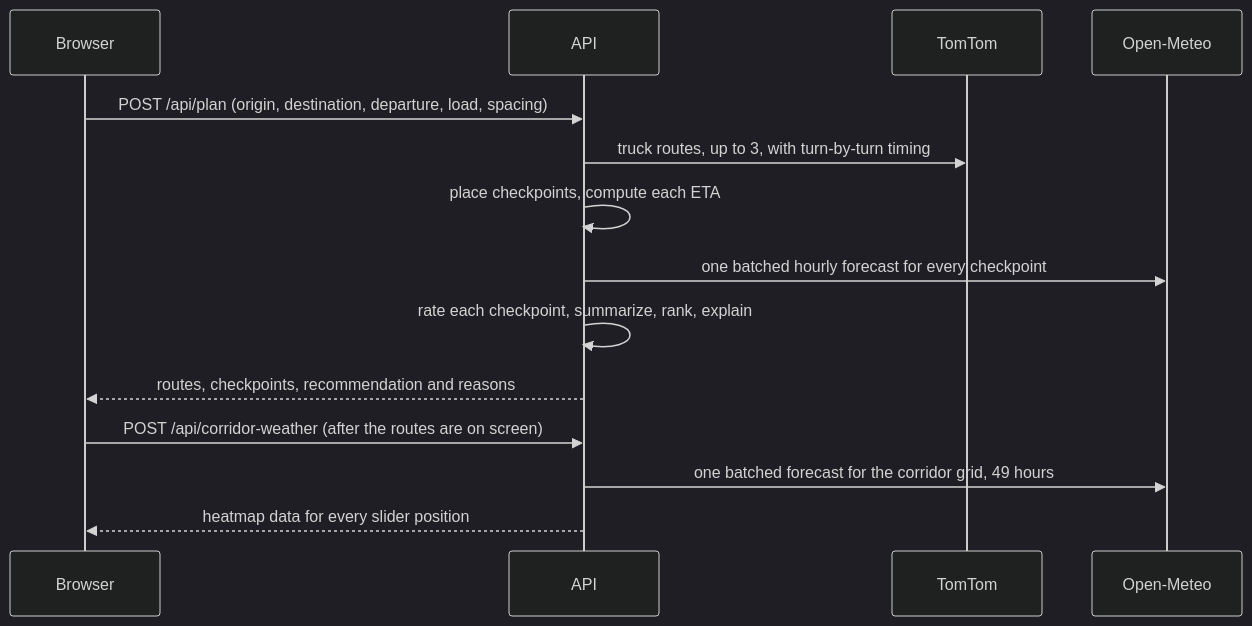
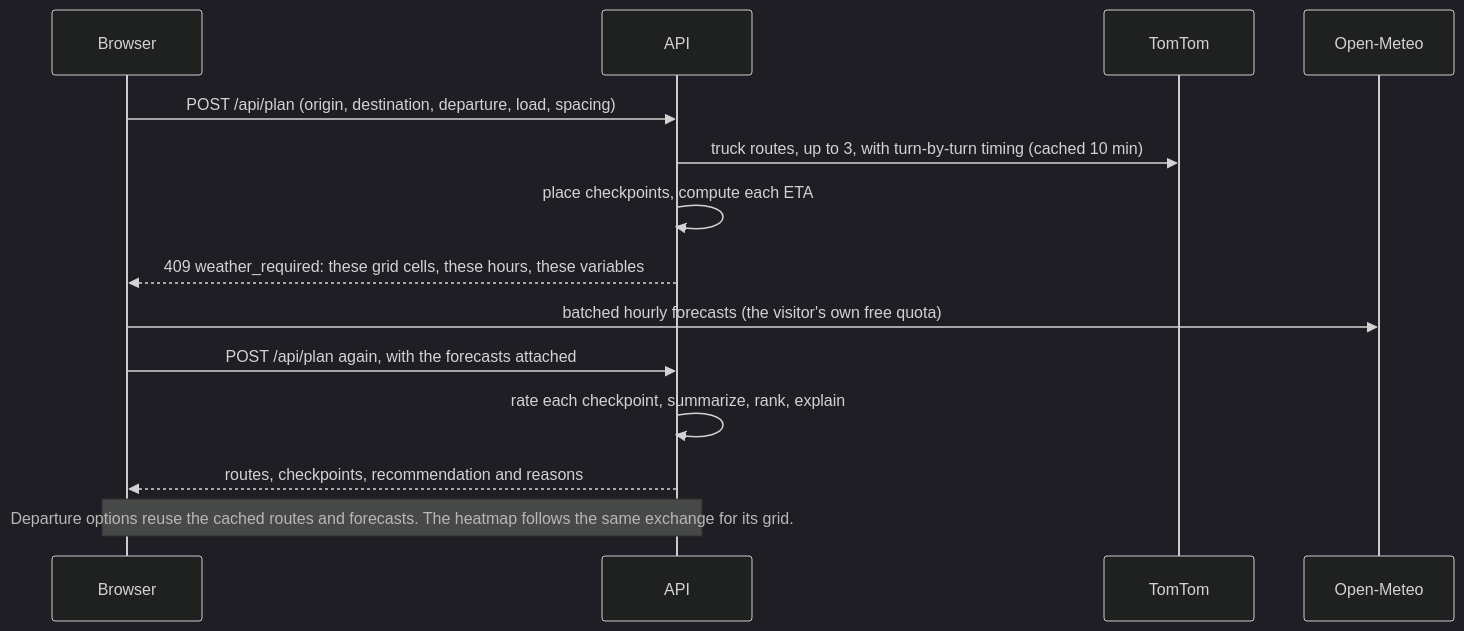
The second of 2 diagrams in README.md (Hammad7106/Weather-Aware-Truck-Routing), drawn with Mermaid (dark theme) before and after one commit. The commit also changed other lines of this file and 23 other files, not shown here.

Commit message:
feat(weather): fetch forecasts in the browser so the hosted API is independent of shared-IP quotas

````diff
--- a/README.md
+++ b/README.md
@@ -97,16 +100,16 @@
 ```mermaid
 sequenceDiagram
   participant B as Browser
   participant A as API
   participant T as TomTom
   participant O as Open-Meteo
   B->>A: POST /api/plan (origin, destination, departure, load, spacing)
-  A->>T: truck routes, up to 3, with turn-by-turn timing
+  A->>T: truck routes, up to 3, with turn-by-turn timing (cached 10 min)
   A->>A: place checkpoints, compute each ETA
-  A->>O: one batched hourly forecast for every checkpoint
+  A-->>B: 409 weather_required: these grid cells, these hours, these variables
+  B->>O: batched hourly forecasts (the visitor's own free quota)
+  B->>A: POST /api/plan again, with the forecasts attached
   A->>A: rate each checkpoint, summarize, rank, explain
   A-->>B: routes, checkpoints, recommendation and reasons
-  B->>A: POST /api/corridor-weather (after the routes are on screen)
-  A->>O: one batched forecast for the corridor grid, 49 hours
-  A-->>B: heatmap data for every slider position
+  Note over B,A: Departure options reuse the cached routes and forecasts. The heatmap follows the same exchange for its grid.
 ```
````
